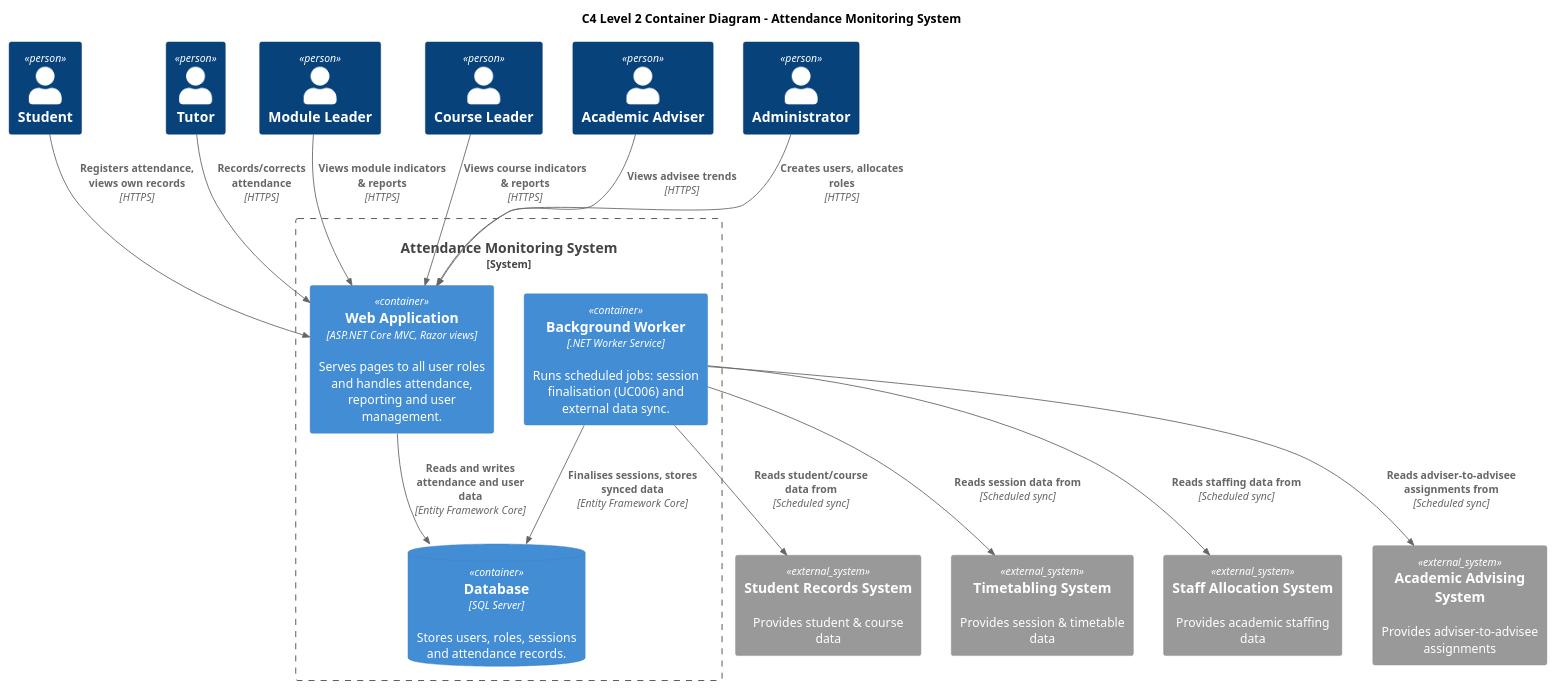
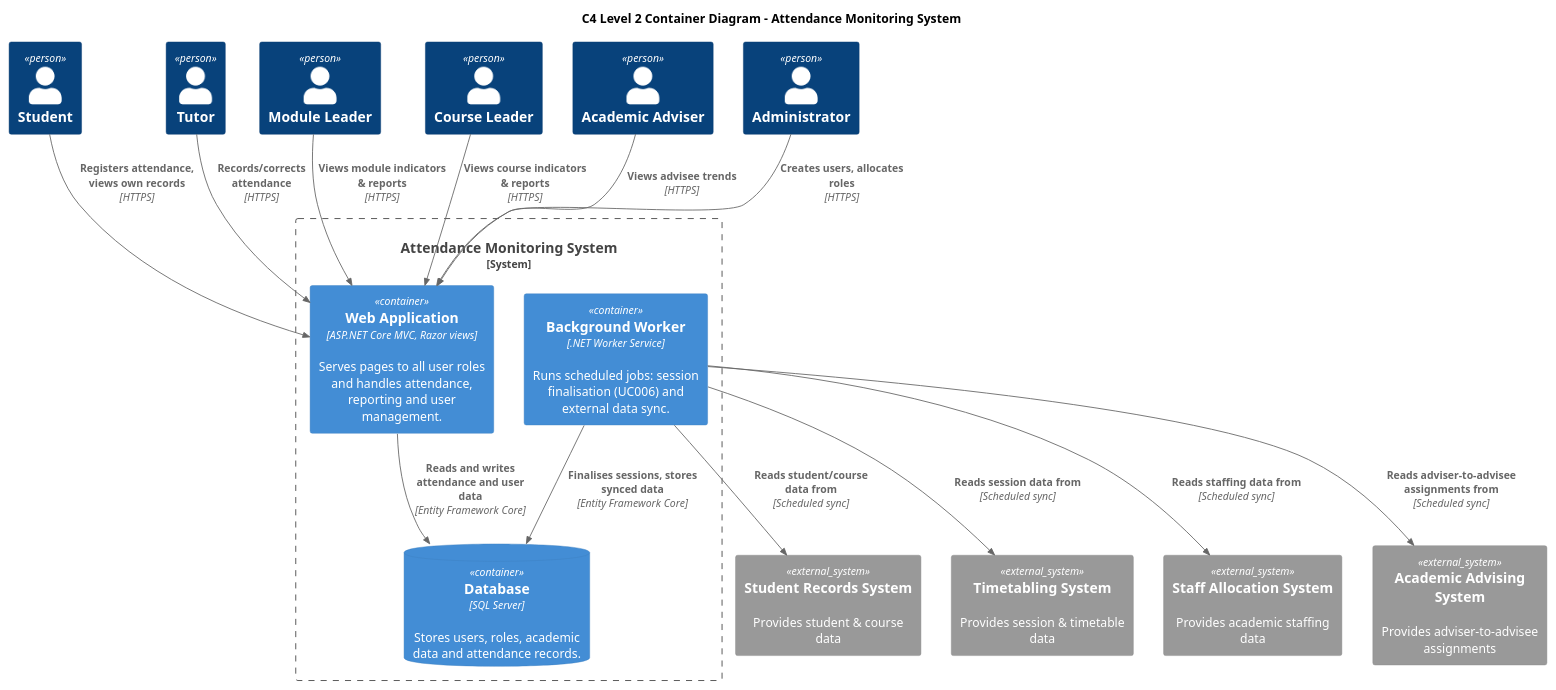
Before and after one commit to Shelly855/attendance-monitoring-copy: the diagram in diagrams/c4-level2-diagram.puml, drawn with PlantUML. The commit also changed 6 other files, not shown here.

Commit message:
c4 diagrams

```diff
--- a/diagrams/c4-level2-diagram.puml
+++ b/diagrams/c4-level2-diagram.puml
@@ -1,37 +1,37 @@
 @startuml AttendanceMonitoringSystemC4L2
 title C4 Level 2 Container Diagram – Attendance Monitoring System
 !include https://raw.githubusercontent.com/plantuml-stdlib/C4-PlantUML/master/C4_Container.puml
 
 Person(student, "Student")
 Person(tutor, "Tutor")
 Person(moduleLeader, "Module Leader")
 Person(courseLeader, "Course Leader")
 Person(adviser, "Academic Adviser")
 Person(admin, "Administrator")
 
 System_Boundary(ams, "Attendance Monitoring System") {
     Container(web, "Web Application", "ASP.NET Core MVC, Razor views", "Serves pages to all user roles and handles attendance, reporting and user management.")
     Container(worker, "Background Worker", ".NET Worker Service", "Runs scheduled jobs: session finalisation (UC006) and external data sync.")
-    ContainerDb(db, "Database", "SQL Server", "Stores users, roles, sessions and attendance records.")
+    ContainerDb(db, "Database", "SQL Server", "Stores users, roles, academic data and attendance records.")
 }
 
 System_Ext(studentRecords, "Student Records System", "Provides student & course data")
 System_Ext(timetabling, "Timetabling System", "Provides session & timetable data")
 System_Ext(staffAlloc, "Staff Allocation System", "Provides academic staffing data")
 System_Ext(advising, "Academic Advising System", "Provides adviser-to-advisee assignments")
 
 Rel(student, web, "Registers attendance, views own records", "HTTPS")
 Rel(tutor, web, "Records/corrects attendance", "HTTPS")
 Rel(moduleLeader, web, "Views module indicators & reports", "HTTPS")
 Rel(courseLeader, web, "Views course indicators & reports", "HTTPS")
 Rel(adviser, web, "Views advisee trends", "HTTPS")
 Rel(admin, web, "Creates users, allocates roles", "HTTPS")
 
 Rel(web, db, "Reads and writes attendance and user data", "Entity Framework Core")
 Rel(worker, db, "Finalises sessions, stores synced data", "Entity Framework Core")
 
 Rel(worker, studentRecords, "Reads student/course data from", "Scheduled sync")
 Rel(worker, timetabling, "Reads session data from", "Scheduled sync")
 Rel(worker, staffAlloc, "Reads staffing data from", "Scheduled sync")
 Rel(worker, advising, "Reads adviser-to-advisee assignments from", "Scheduled sync")
 @enduml
```
